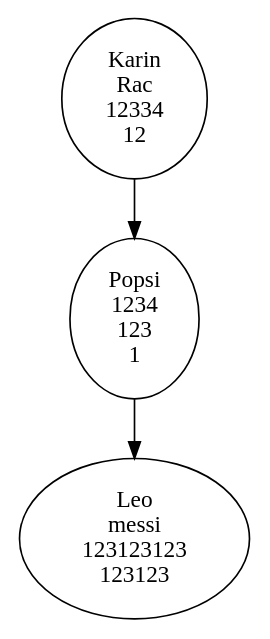
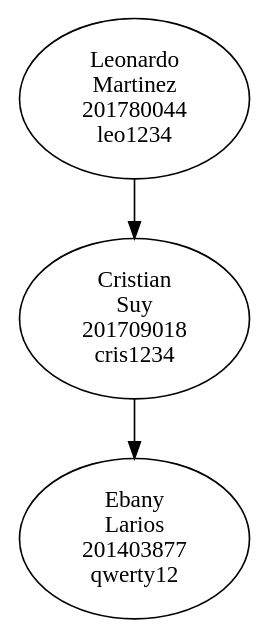
One commit to akamariano/EDD_1S2023_PY_202101149 changed the diagram in queue.dot. Above: the diagram before and after it, drawn with Graphviz. The commit also changed 12 other files, not shown here.

```diff
--- a/queue.dot
+++ b/queue.dot
@@ -1,7 +1,7 @@
 digraph Queue {
-	n0 [label="Karin\nRac\n12334\n12"];
-	n1 [label="Popsi\n1234\n123\n1"];
-	n2 [label="Leo\nmessi\n123123123\n123123"];
+	n0 [label="Leonardo\nMartinez\n201780044\nleo1234"];
+	n1 [label="Cristian\nSuy\n201709018\ncris1234"];
+	n2 [label="Ebany\nLarios\n201403877\nqwerty12"];
 	n0 -> n1;
 	n1 -> n2;
 }
```
